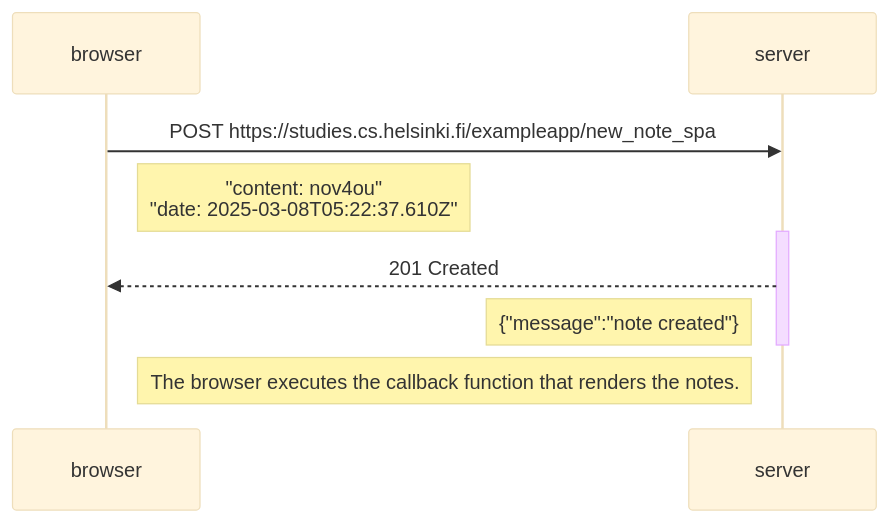
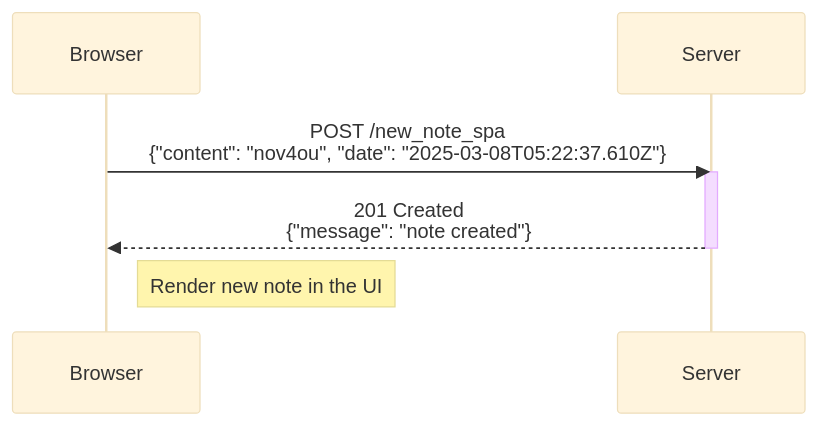
One commit to Nov4ou/fullstackopen changed the diagram in part0/0.6.md. Above: the diagram before and after it, drawn with Mermaid (base theme).

Commit message:
refactor: simplify and improve sequence diagram

````diff
--- a/part0/0.6.md
+++ b/part0/0.6.md
@@ -1,18 +1,12 @@
 ```mermaid
 sequenceDiagram
-    participant browser
-    participant server
+    participant Browser
+    participant Server
 
-    browser->>server: POST https://studies.cs.helsinki.fi/exampleapp/new_note_spa
-        Note right of browser: "content: nov4ou" <br> "date: 2025-03-08T05:22:37.610Z"
-    activate server
-    server-->>browser: 201 Created
-        Note left of server: {"message":"note created"}
-
-    deactivate server
-
-    Note right of browser: The browser executes the callback function that renders the notes.
-
+    Browser->>Server: POST /new_note_spa <br> {"content": "nov4ou", "date": "2025-03-08T05:22:37.610Z"}
+    activate Server
+    Server-->>Browser: 201 Created <br> {"message": "note created"}
+    deactivate Server
     
-
+    Note right of Browser: Render new note in the UI
 ```
````
